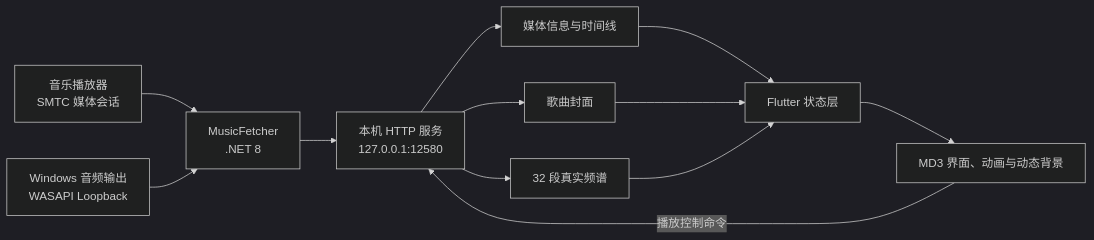
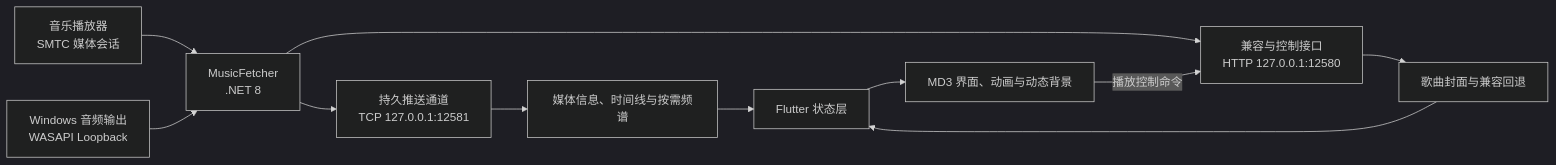
Before and after one commit to Sylvain-cjh/MD3MusicWidget-Flutter: the diagram in README.md, drawn with Mermaid (dark theme). The commit also changed other lines of this file and 41 other files, not shown here.

````diff
--- a/README.md
+++ b/README.md
@@ -82,14 +82,13 @@
 ```mermaid
 flowchart LR
     A["音乐播放器<br>SMTC 媒体会话"] --> B["MusicFetcher<br>.NET 8"]
     C["Windows 音频输出<br>WASAPI Loopback"] --> B
-    B --> D["本机 HTTP 服务<br>127.0.0.1:12580"]
-    D --> E["媒体信息与时间线"]
-    D --> F["歌曲封面"]
-    D --> G["32 段真实频谱"]
+    B --> D["持久推送通道<br>TCP 127.0.0.1:12581"]
+    B --> J["兼容与控制接口<br>HTTP 127.0.0.1:12580"]
+    D --> E["媒体信息、时间线与按需频谱"]
+    J --> F["歌曲封面与兼容回退"]
     E --> H["Flutter 状态层"]
     F --> H
-    G --> H
     H --> I["MD3 界面、动画与动态背景"]
-    I -->|播放控制命令| D
+    I -->|播放控制命令| J
 ```
````
